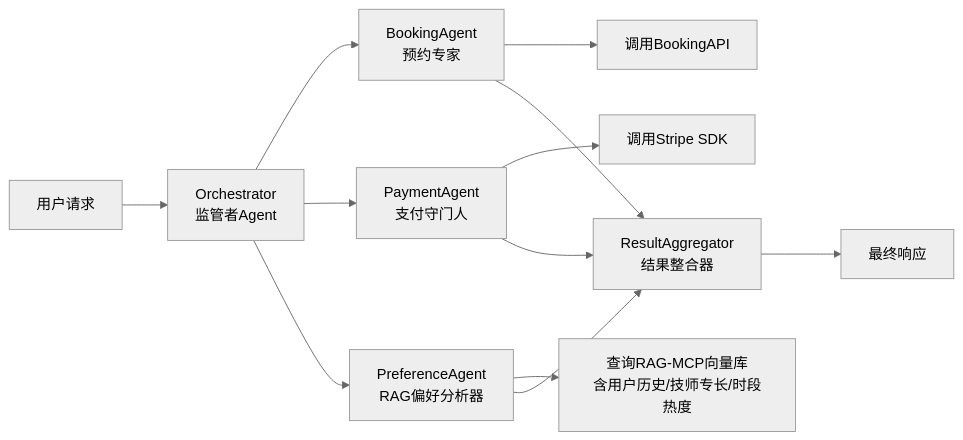
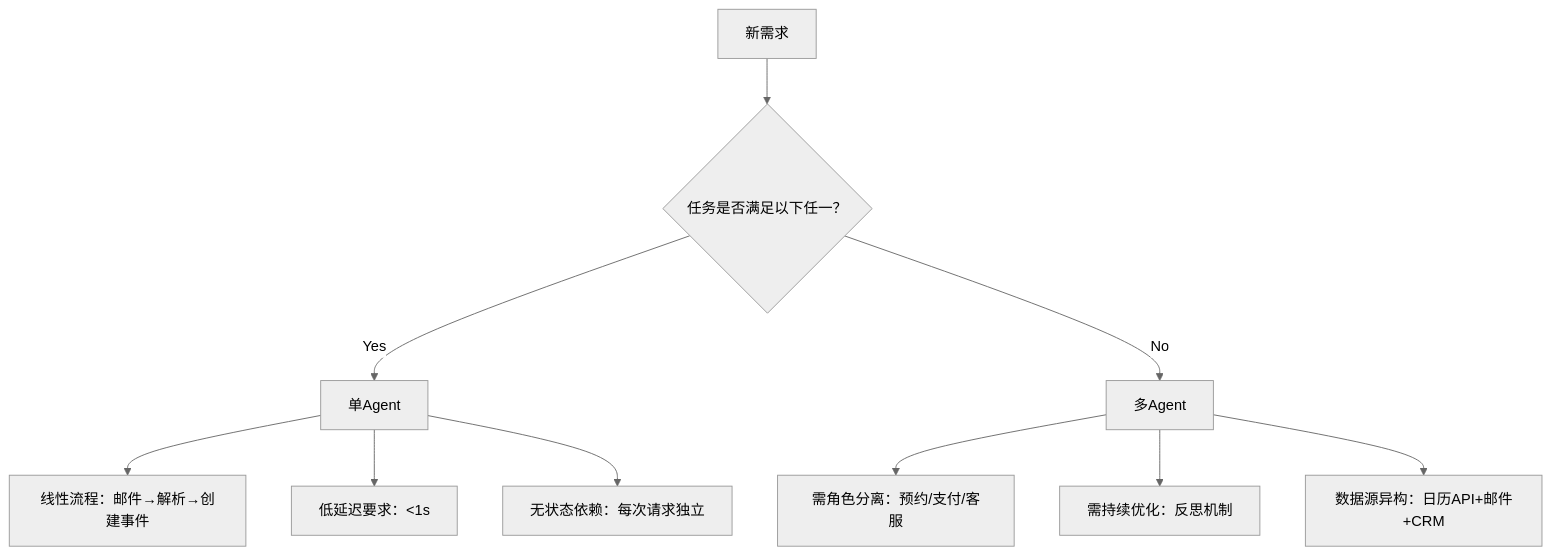
The third of 4 diagrams in 07-Multi-Agent系统/单agentvs多agent.md (liuwei1993/ai-llm-agent-knowledge), drawn with Mermaid (neutral theme) before and after one commit. The commit also changed other lines of this file and 2 other files, not shown here.

````diff
--- a/07-Multi-Agent系统/单agentvs多agent.md
+++ b/07-Multi-Agent系统/单agentvs多agent.md
@@ -47,12 +193,12 @@
 ```mermaid
-graph LR
-    A[用户请求] --> B[Orchestrator<br/>监管者Agent]
-    B --> C[BookingAgent<br/>预约专家]
-    B --> D[PaymentAgent<br/>支付守门人]
-    B --> E[PreferenceAgent<br/>RAG偏好分析器]
-    C --> F[调用BookingAPI]
-    D --> G[调用Stripe SDK]
-    E --> H[查询RAG-MCP向量库<br/>含用户历史/技师专长/时段热度]
-    C & D & E --> I[ResultAggregator<br/>结果整合器]
-    I --> J[最终响应]
+graph TD
+A[新需求] --> B{任务是否满足以下任一？}
+B -->|Yes| C[单Agent]
+B -->|No| D[多Agent]
+C --> C1[线性流程：邮件→解析→创建事件]
+C --> C2[低延迟要求：<1s]
+C --> C3[无状态依赖：每次请求独立]
+D --> D1[需角色分离：预约/支付/客服]
+D --> D2[需持续优化：反思机制]
+D --> D3[数据源异构：日历API+邮件+CRM]
 ```
````
